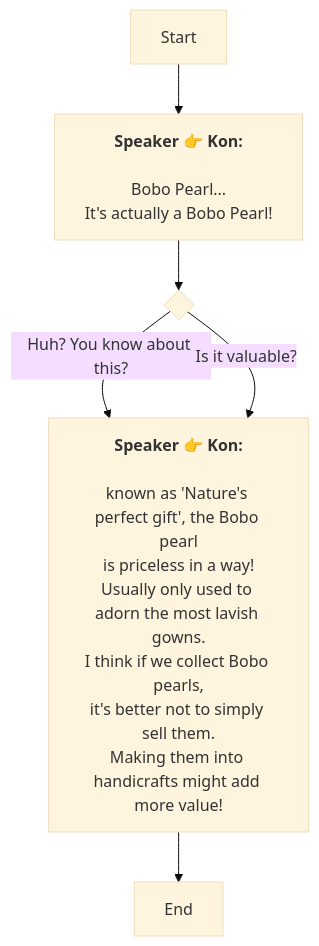
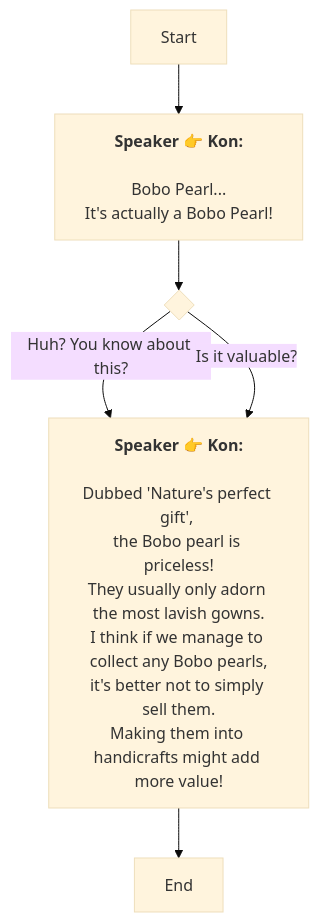
One commit to SoftHu/tos_avg changed the diagram in En/AddDialogNode_1739685449430269.md. Above: the diagram before and after it, drawn with Mermaid (base theme). The commit also changed 297 other files, not shown here.

````diff
--- a/En/AddDialogNode_1739685449430269.md
+++ b/En/AddDialogNode_1739685449430269.md
@@ -1,26 +1,26 @@
 ```mermaid
 graph
 Start -->1739686357522688[<b>Speaker 👉 Kon:</b>
 
 Bobo Pearl... 
 It's actually a Bobo Pearl!]
 1739686357522688 -->1739687111514369{ }
 1739687111514369 -->|Huh? You know about this?|1739687931096326[<b>Speaker 👉 Kon:</b>
 
-known as 'Nature's perfect gift', the Bobo pearl
-is priceless in a way!
-Usually only used to adorn the most lavish gowns.
-I think if we collect Bobo pearls,
+Dubbed 'Nature's perfect gift', 
+the Bobo pearl is priceless!
+They usually only adorn the most lavish gowns.
+I think if we manage to collect any Bobo pearls,
 it's better not to simply sell them.
 Making them into handicrafts might add more value!]
 1739687111514369 -->|Is it valuable?|1739687931096326[<b>Speaker 👉 Kon:</b>
 
-known as 'Nature's perfect gift', the Bobo pearl
-is priceless in a way!
-Usually only used to adorn the most lavish gowns.
-I think if we collect Bobo pearls,
+Dubbed 'Nature's perfect gift', 
+the Bobo pearl is priceless!
+They usually only adorn the most lavish gowns.
+I think if we manage to collect any Bobo pearls,
 it's better not to simply sell them.
 Making them into handicrafts might add more value!]
 1739687931096326 -->1739688331585799[End]
 
  ```
````
